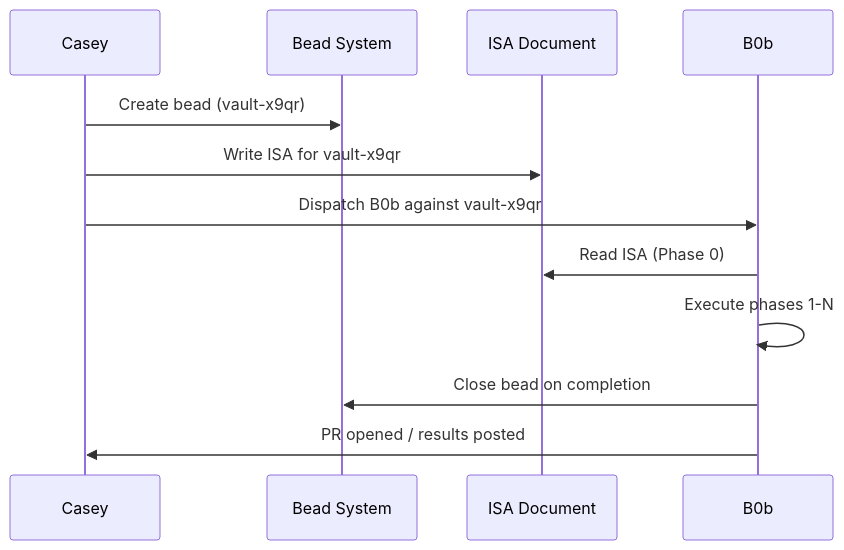
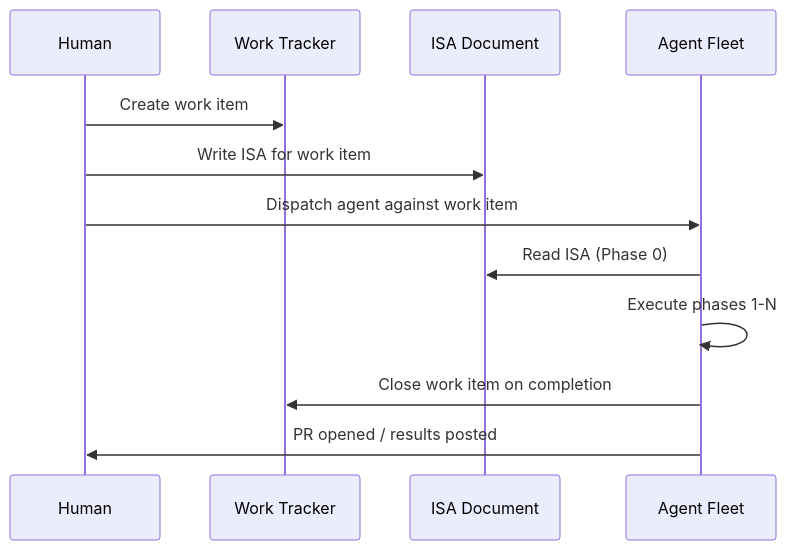
One commit to CyberdaemonAI/cyberdaemon-site changed the second of 3 diagrams in src/content/build-logs/isa-patterns.mdx. Above: the diagram before and after it, drawn with Mermaid. The commit also changed other lines of this file and 3 other files, not shown here.

````diff
--- a/src/content/build-logs/isa-patterns.mdx
+++ b/src/content/build-logs/isa-patterns.mdx
@@ -197,15 +197,15 @@
 ```mermaid
 sequenceDiagram
-    participant Casey
-    participant Beads as Bead System
+    participant Human
+    participant Tracker as Work Tracker
     participant ISA as ISA Document
-    participant B0b
+    participant Agent as Agent Fleet
 
-    Casey->>Beads: Create bead (vault-x9qr)
-    Casey->>ISA: Write ISA for vault-x9qr
-    Casey->>B0b: Dispatch B0b against vault-x9qr
-    B0b->>ISA: Read ISA (Phase 0)
-    B0b->>B0b: Execute phases 1-N
-    B0b->>Beads: Close bead on completion
-    B0b->>Casey: PR opened / results posted
+    Human->>Tracker: Create work item
+    Human->>ISA: Write ISA for work item
+    Human->>Agent: Dispatch agent against work item
+    Agent->>ISA: Read ISA (Phase 0)
+    Agent->>Agent: Execute phases 1-N
+    Agent->>Tracker: Close work item on completion
+    Agent->>Human: PR opened / results posted
 ```
````
